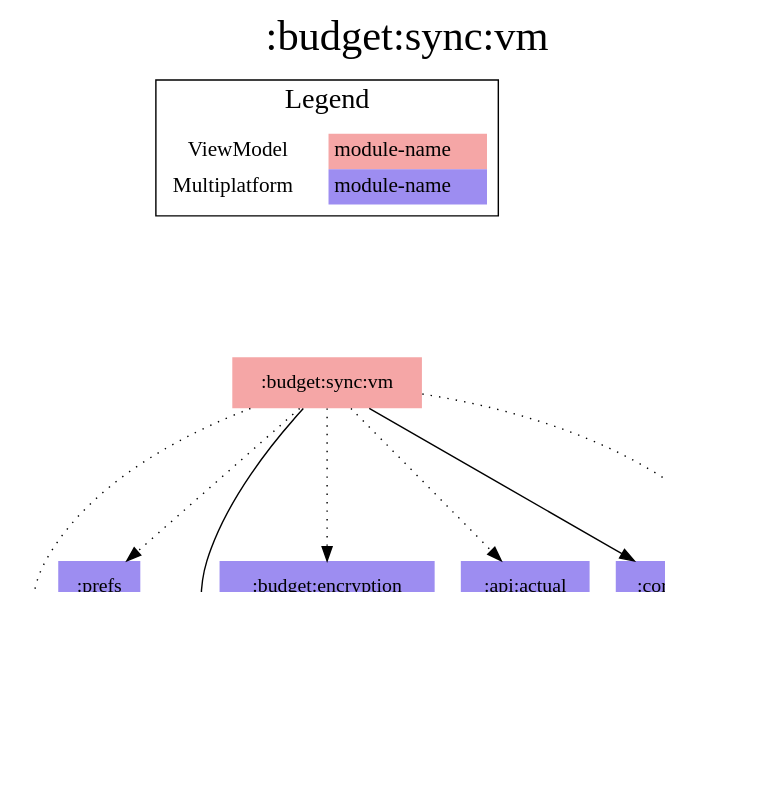
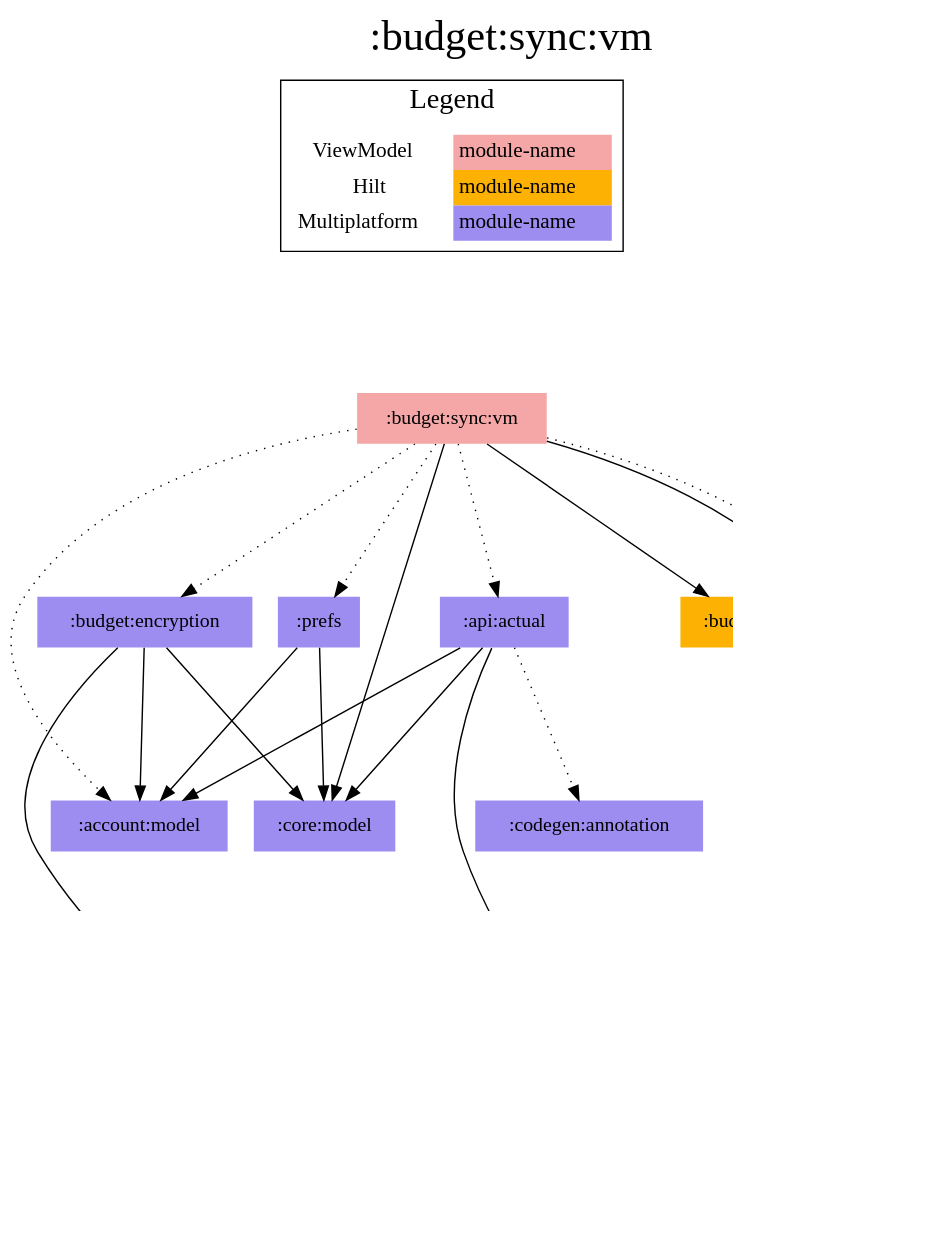
The diagram in modules/budget/sync/vm/modules.dot (jonapoul/aktual), drawn with Graphviz before and after one commit. The commit also changed 23 other files, not shown here.

```diff
--- a/modules/budget/sync/vm/modules.dot
+++ b/modules/budget/sync/vm/modules.dot
@@ -1,45 +1,53 @@
 digraph {
 edge ["dir"="forward"]
 graph ["dpi"="100","label"=":budget:sync:vm","labelloc"="t","fontsize"="30","ranksep"="1.5","rankdir"="TB"]
 node ["style"="filled"]
 ":account:model" ["fillcolor"="#9D8DF1","shape"="none"]
 ":api:actual" ["fillcolor"="#9D8DF1","shape"="none"]
+":budget:di" ["fillcolor"="#FCB103","shape"="none"]
 ":budget:encryption" ["fillcolor"="#9D8DF1","shape"="none"]
 ":budget:model" ["fillcolor"="#9D8DF1","shape"="none"]
 ":budget:sync:vm" ["fillcolor"="#F5A6A6","shape"="none"]
 ":codegen:annotation" ["fillcolor"="#9D8DF1","shape"="none"]
 ":core:files" ["fillcolor"="#9D8DF1","shape"="none"]
 ":core:model" ["fillcolor"="#9D8DF1","shape"="none"]
+":db" ["fillcolor"="#9D8DF1","shape"="none"]
 ":prefs" ["fillcolor"="#9D8DF1","shape"="none"]
 {
 edge ["dir"="none"]
 graph ["rank"="same"]
 }
 ":api:actual" -> ":account:model"
 ":api:actual" -> ":budget:model"
 ":api:actual" -> ":codegen:annotation" ["style"="dotted"]
 ":api:actual" -> ":core:model"
+":budget:di" -> ":budget:model"
+":budget:di" -> ":db"
 ":budget:encryption" -> ":account:model"
 ":budget:encryption" -> ":budget:model"
 ":budget:encryption" -> ":core:model"
 ":budget:sync:vm" -> ":account:model" ["style"="dotted"]
 ":budget:sync:vm" -> ":api:actual" ["style"="dotted"]
+":budget:sync:vm" -> ":budget:di"
 ":budget:sync:vm" -> ":budget:encryption" ["style"="dotted"]
 ":budget:sync:vm" -> ":budget:model" ["style"="dotted"]
 ":budget:sync:vm" -> ":core:files"
 ":budget:sync:vm" -> ":core:model"
 ":budget:sync:vm" -> ":prefs" ["style"="dotted"]
 ":core:files" -> ":budget:model"
+":db" -> ":budget:model"
+":db" -> ":core:files"
 ":prefs" -> ":account:model"
 ":prefs" -> ":core:model"
 subgraph "cluster_legend" {
 edge ["dir"="none"]
 graph ["label"="Legend","fontsize"="20"]
 "Legend" ["style"="filled","fillcolor"="#FFFFFF","shape"="none","margin"="0","fontsize"="15","label"=<
 <TABLE BORDER="0" CELLBORDER="0" CELLSPACING="0" CELLPADDING="4">
 <TR><TD>ViewModel</TD><TD BGCOLOR="#F5A6A6">module-name</TD></TR>
+<TR><TD>Hilt</TD><TD BGCOLOR="#FCB103">module-name</TD></TR>
 <TR><TD>Multiplatform</TD><TD BGCOLOR="#9D8DF1">module-name</TD></TR>
 </TABLE>
 >]
 } -> ":budget:sync:vm" ["style"="invis"]
 }
```
